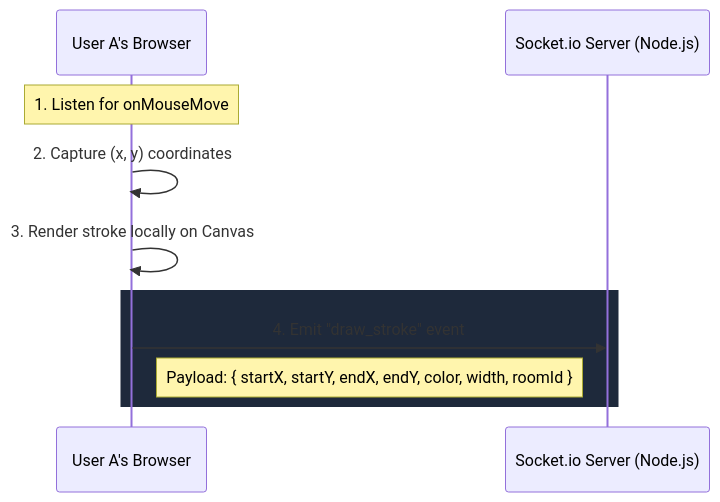
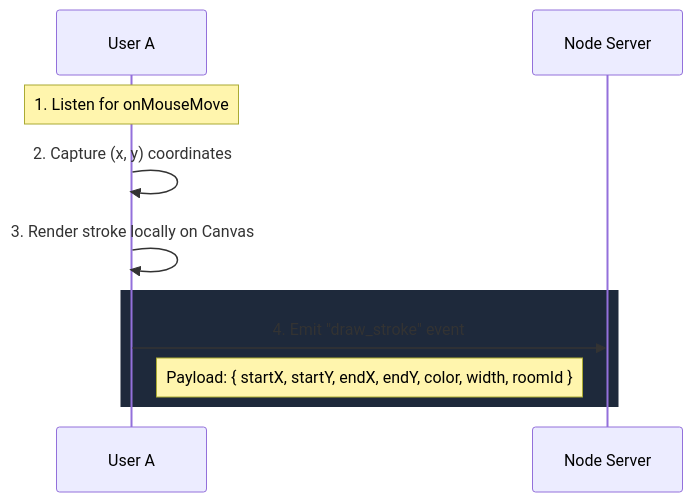
One commit to prem22k/Online-Collaborative-Whiteboard changed the first of 5 diagrams in docs/architecture_data_flow.md. Above: the diagram before and after it, drawn with Mermaid. The commit also changed other lines of this file, not shown here.

Commit message:
docs: simplify Mermaid participant labels in architecture doc

````diff
--- a/docs/architecture_data_flow.md
+++ b/docs/architecture_data_flow.md
@@ -14,14 +14,14 @@
 ```mermaid
 sequenceDiagram
-    participant A as User A's Browser
-    participant S as Socket.io Server (Node.js)
+    participant A as User A
+    participant S as Node Server
 
     Note over A: 1. Listen for onMouseMove
     A->>A: 2. Capture (x, y) coordinates
     A->>A: 3. Render stroke locally on Canvas
     
     rect rgb(30, 41, 59)
     A->>S: 4. Emit "draw_stroke" event
     Note right of A: Payload: { startX, startY, endX, endY, color, width, roomId }
     end
 ```
````
